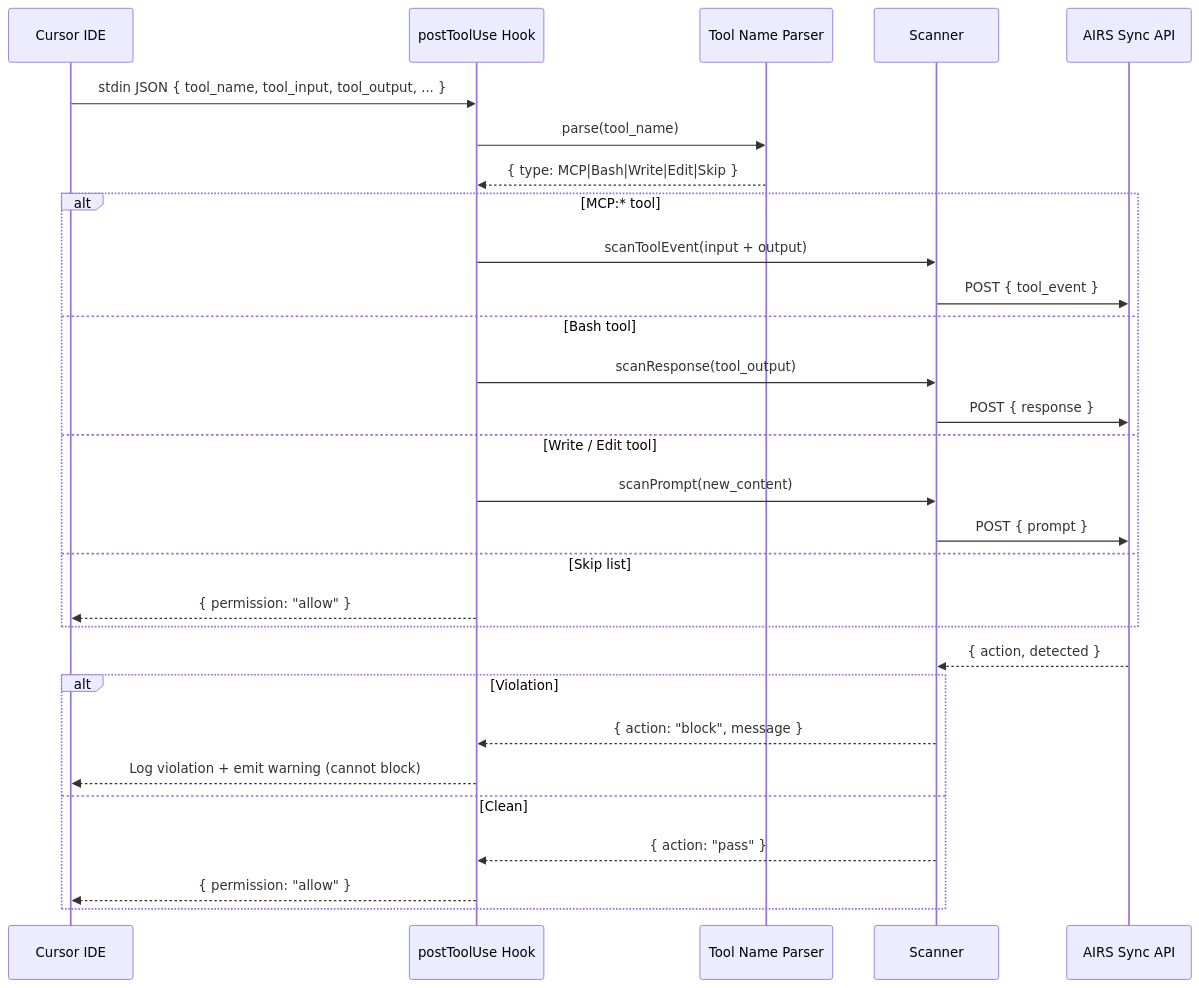
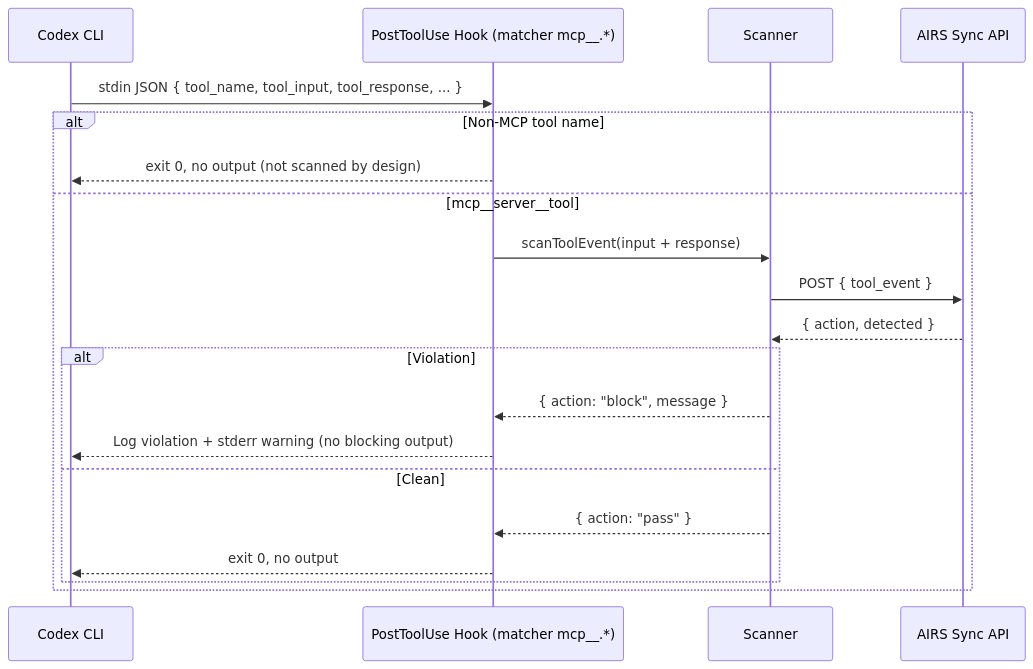
One commit to cdot65/prisma-airs-codex-hooks changed the fourth of 4 diagrams in docs/architecture/scanning-flow.md. Above: the diagram before and after it, drawn with Mermaid. The commit also changed other lines of this file and 23 other files, not shown here.

````diff
--- a/docs/architecture/scanning-flow.md
+++ b/docs/architecture/scanning-flow.md
@@ -117,32 +125,23 @@
 ```mermaid
 sequenceDiagram
-    participant C as Cursor IDE
-    participant H as postToolUse Hook
-    participant P as Tool Name Parser
+    participant C as Codex CLI
+    participant H as PostToolUse Hook (matcher mcp__.*)
     participant S as Scanner
     participant A as AIRS Sync API
 
-    C->>H: stdin JSON { tool_name, tool_input, tool_output, ... }
-    H->>P: parse(tool_name)
-    P-->>H: { type: MCP|Bash|Write|Edit|Skip }
-    alt MCP:* tool
-        H->>S: scanToolEvent(input + output)
+    C->>H: stdin JSON { tool_name, tool_input, tool_response, ... }
+    alt Non-MCP tool name
+        H-->>C: exit 0, no output (not scanned by design)
+    else mcp__server__tool
+        H->>S: scanToolEvent(input + response)
         S->>A: POST { tool_event }
-    else Bash tool
-        H->>S: scanResponse(tool_output)
-        S->>A: POST { response }
-    else Write / Edit tool
-        H->>S: scanPrompt(new_content)
-        S->>A: POST { prompt }
-    else Skip list
-        H-->>C: { permission: "allow" }
-    end
-    A-->>S: { action, detected }
-    alt Violation
-        S-->>H: { action: "block", message }
-        H-->>C: Log violation + emit warning (cannot block)
-    else Clean
-        S-->>H: { action: "pass" }
-        H-->>C: { permission: "allow" }
+        A-->>S: { action, detected }
+        alt Violation
+            S-->>H: { action: "block", message }
+            H-->>C: Log violation + stderr warning (no blocking output)
+        else Clean
+            S-->>H: { action: "pass" }
+            H-->>C: exit 0, no output
+        end
     end
 ```
````
